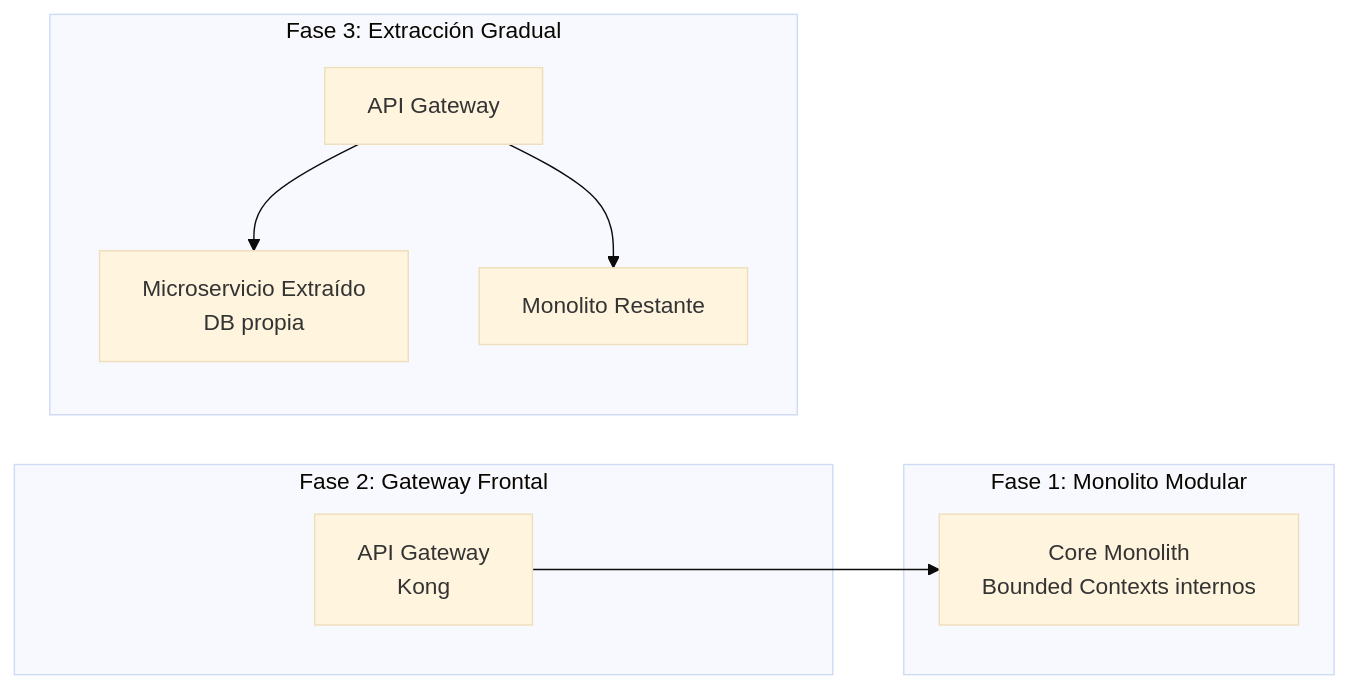
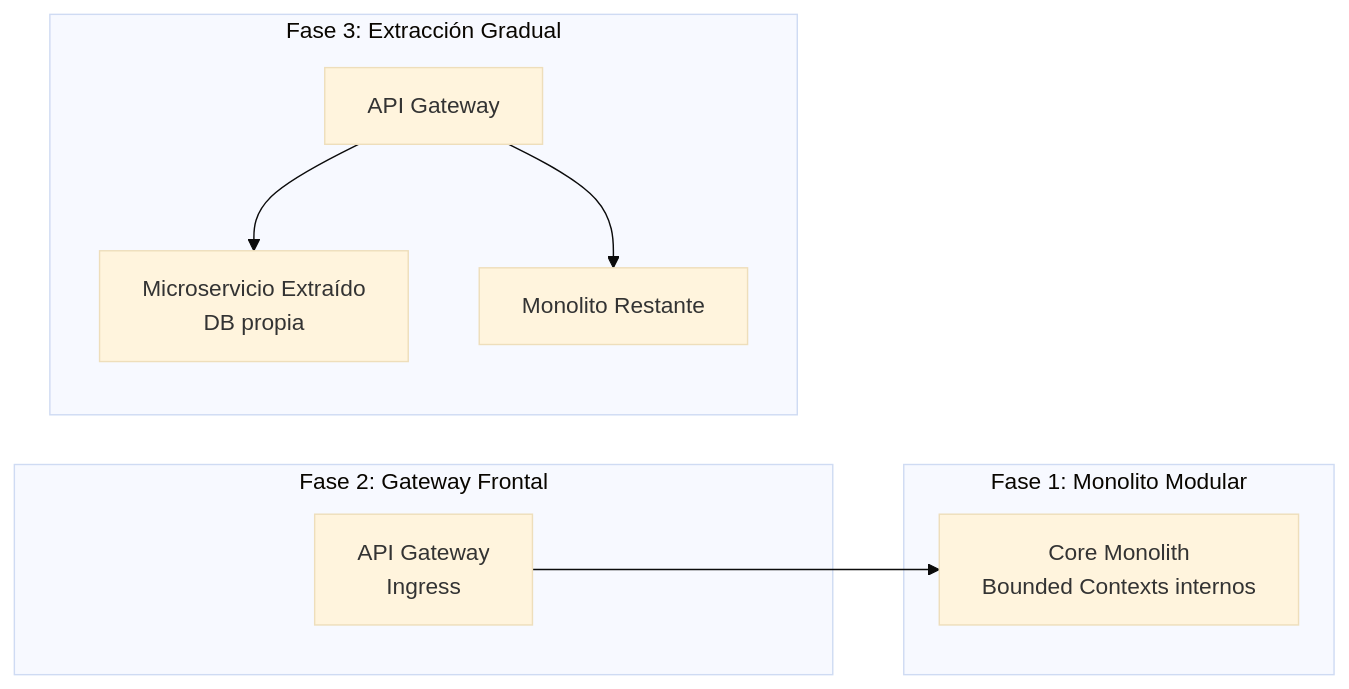
One commit to unimar-peru/unimar-arch-vendors changed the second of 2 diagrams in estandar/reference/architecture/adrs/core/0047-patrones-arquitectonicos-monolito-soa-microservicios.es.md. Above: the diagram before and after it, drawn with Mermaid (base theme). The commit also changed other lines of this file and 27 other files, not shown here.

Commit message:
docs: replace Kong with Ingress across architecture docs and ADRs

````diff
--- a/estandar/reference/architecture/adrs/core/0047-patrones-arquitectonicos-monolito-soa-microservicios.es.md
+++ b/estandar/reference/architecture/adrs/core/0047-patrones-arquitectonicos-monolito-soa-microservicios.es.md
@@ -210,15 +210,15 @@
 ```mermaid
 flowchart LR
     subgraph "Fase 1: Monolito Modular"
         M1[Core Monolith<br/>Bounded Contexts internos]
     end
 
     subgraph "Fase 2: Gateway Frontal"
-        GW[API Gateway<br/>Kong] --> M1
+        GW[API Gateway<br/>Ingress] --> M1
     end
 
     subgraph "Fase 3: Extracción Gradual"
         GW2[API Gateway] --> MS[Microservicio Extraído<br/>DB propia]
         GW2 --> M2[Monolito Restante]
     end
 ```
````
